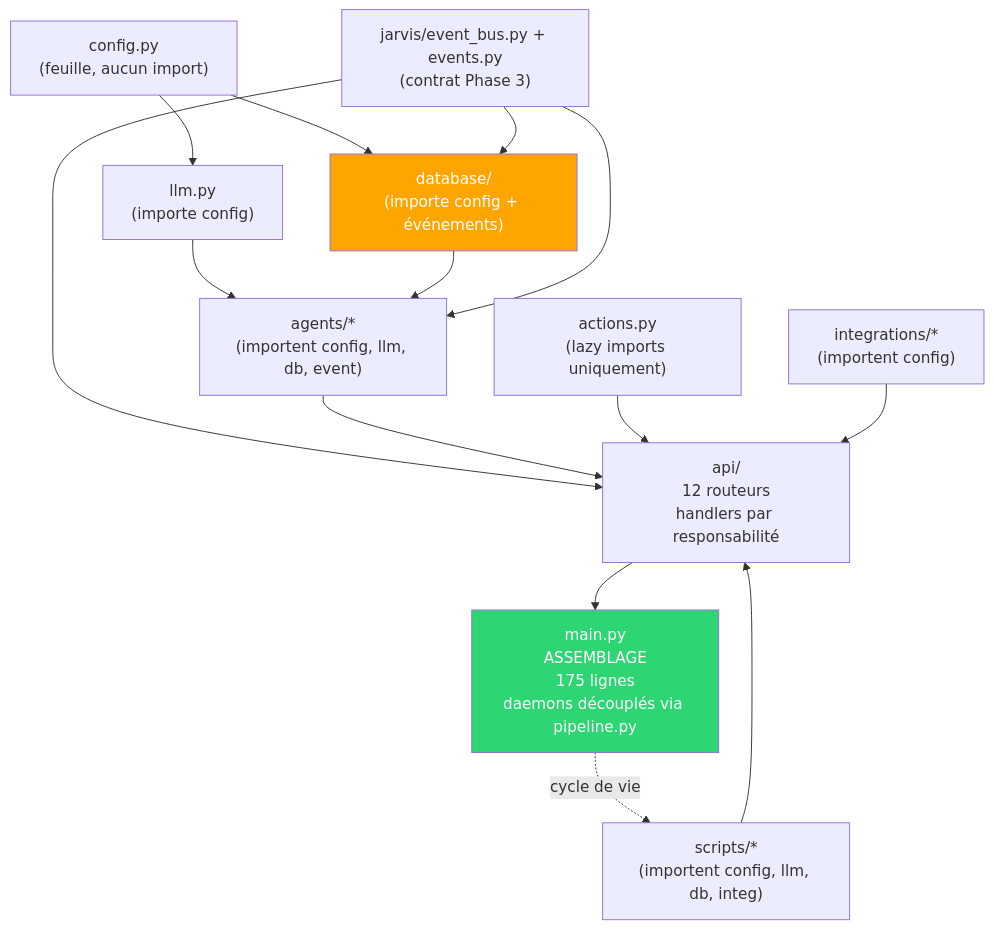
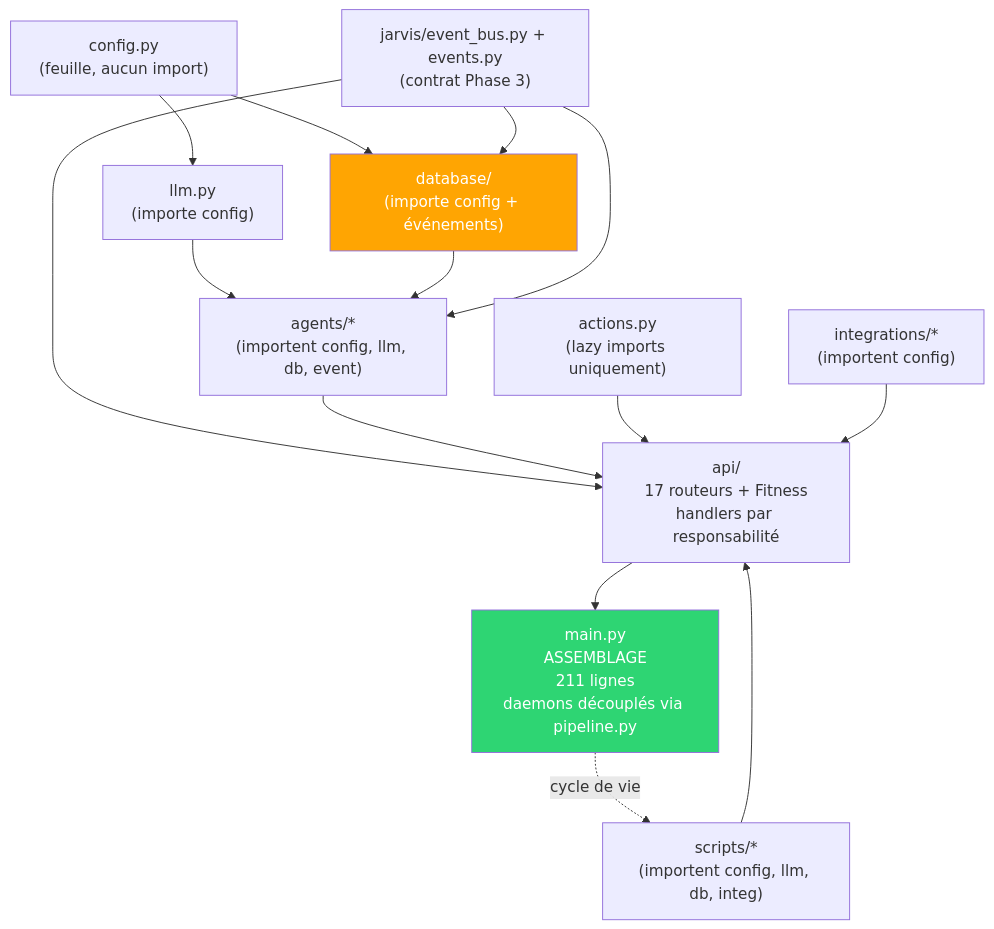
One commit to AVTAVANTTOUT2/JarvisAPI changed the first of 5 diagrams in Architecture/01_CARTOGRAPHIE.md. Above: the diagram before and after it, drawn with Mermaid. The commit also changed other lines of this file and 19 other files, not shown here.

Commit message:
docs(architecture): enforce canonical API structure

````diff
--- a/Architecture/01_CARTOGRAPHIE.md
+++ b/Architecture/01_CARTOGRAPHIE.md
@@ -193,34 +194,34 @@
 ```mermaid
 graph TB
     CONFIG["config.py<br/>(feuille, aucun import)"]
     LLM["llm.py<br/>(importe config)"]
     DB["database/<br/>(importe config + événements)"]
     EVENT["jarvis/event_bus.py + events.py<br/>(contrat Phase 3)"]
 
     AGENTS["agents/*<br/>(importent config, llm, db, event)"]
     ACTIONS["actions.py<br/>(lazy imports uniquement)"]
     INTEG["integrations/*<br/>(importent config)"]
     SCRIPTS["scripts/*<br/>(importent config, llm, db, integ)"]
 
-    MAIN["main.py<br/>ASSEMBLAGE<br/>175 lignes<br/>daemons découplés via pipeline.py"]
-    API["api/<br/>12 routeurs<br/>handlers par responsabilité"]
+    MAIN["main.py<br/>ASSEMBLAGE<br/>211 lignes<br/>daemons découplés via pipeline.py"]
+    API["api/<br/>17 routeurs + Fitness<br/>handlers par responsabilité"]
 
     CONFIG --> LLM
     CONFIG --> DB
     LLM --> AGENTS
     DB --> AGENTS
     EVENT --> AGENTS
     EVENT --> API
     EVENT --> DB
 
     AGENTS --> API
     ACTIONS --> API
     INTEG --> API
     SCRIPTS --> API
     API --> MAIN
 
     MAIN -.->|cycle de vie| SCRIPTS
 
     style MAIN fill:#2ed573,color:#fff
     style DB fill:#ffa502,color:#fff
 ```
````
